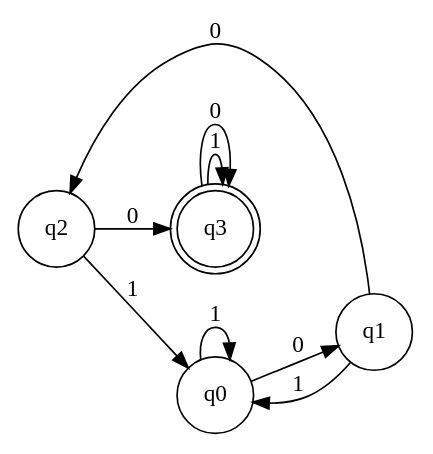
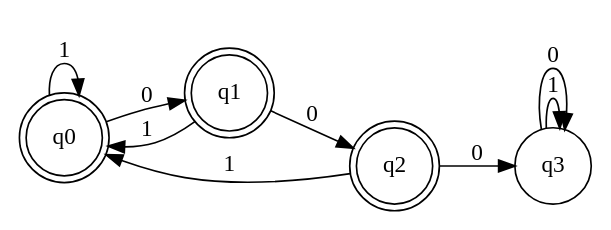
Before and after one commit to gmammolo/LFT: the diagram in src/LFT/A2015/Es1/Comma1Inv_Dot.dot, drawn with Graphviz. The commit also changed 6 other files, not shown here.

```diff
--- a/src/LFT/A2015/Es1/Comma1Inv_Dot.dot
+++ b/src/LFT/A2015/Es1/Comma1Inv_Dot.dot
@@ -1,14 +1,16 @@
 digraph Comma1Inv_Dot{
 rankdir=LR;
 node [shape = doublecircle];
-q3;
+q0;
+q1;
+q2;
 node [shape = circle];
 q0 -> q1 [ label = "0" ];
 q1 -> q0 [ label = "1" ];
 q0 -> q0 [ label = "1" ];
 q1 -> q2 [ label = "0" ];
 q2 -> q3 [ label = "0" ];
 q3 -> q3 [ label = "1" ];
 q2 -> q0 [ label = "1" ];
 q3 -> q3 [ label = "0" ];
 }
```
